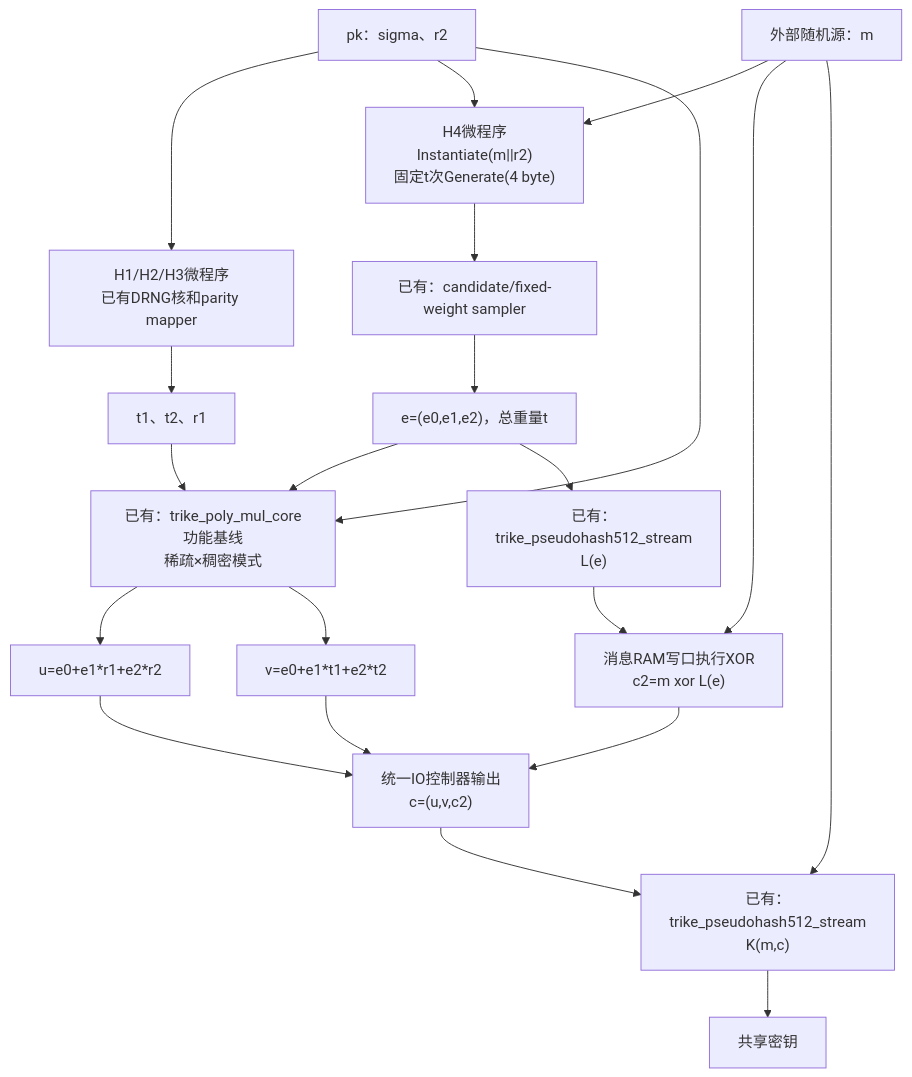
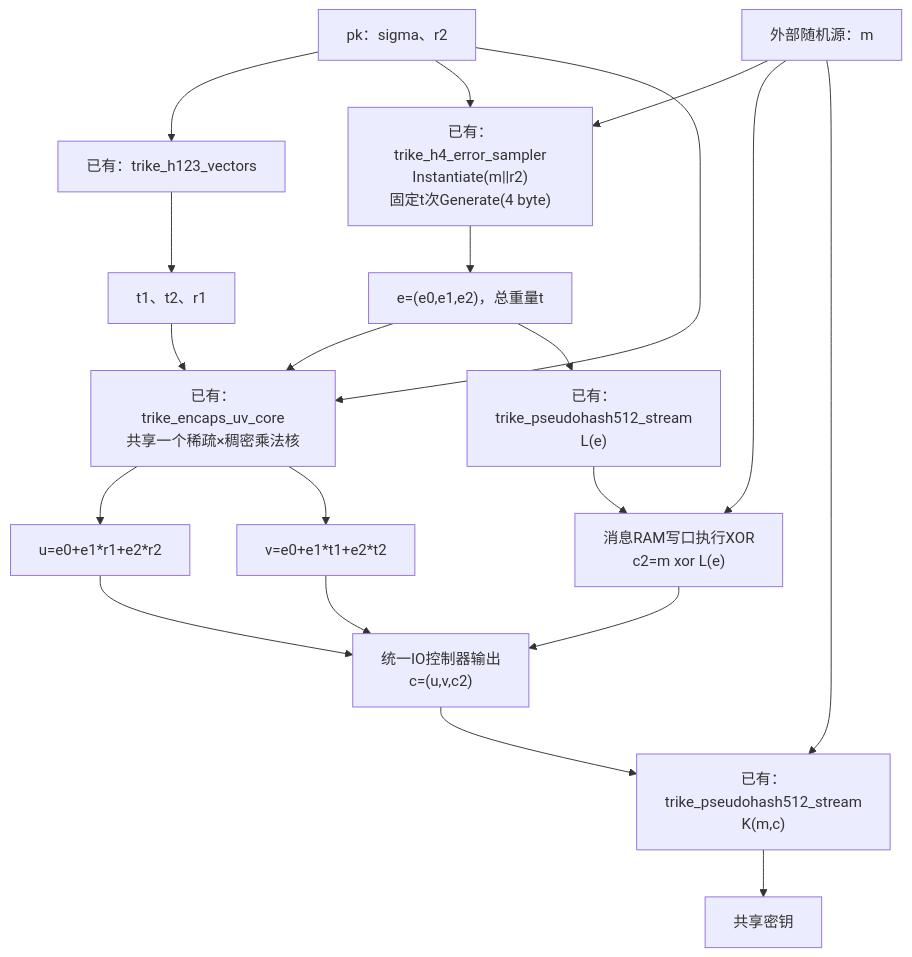
One commit to z2901550610/Min_Sum changed the second of 8 diagrams in docs/design/trike_kem_common_cores.md. Above: the diagram before and after it, drawn with Mermaid. The commit also changed other lines of this file and 23 other files, not shown here.

First line of the commit message:
feat(docs): add Trike Encaps implementation and test documentation

````diff
--- a/docs/design/trike_kem_common_cores.md
+++ b/docs/design/trike_kem_common_cores.md
@@ -86,26 +83,25 @@
 ```mermaid
 flowchart TD
-    PK["pk：sigma、r2"] --> HASHV["H1/H2/H3微程序<br/>已有DRNG核和parity mapper"]
+    PK["pk：sigma、r2"] --> HASHV["已有：trike_h123_vectors"]
     HASHV --> TVEC["t1、t2、r1"]
 
-    RNG["外部随机源：m"] --> H4["H4微程序<br/>Instantiate(m||r2)<br/>固定t次Generate(4 byte)"]
+    RNG["外部随机源：m"] --> H4["已有：trike_h4_error_sampler<br/>Instantiate(m||r2)<br/>固定t次Generate(4 byte)"]
     PK --> H4
-    H4 --> SAMPLE["已有：candidate/fixed-weight sampler"]
-    SAMPLE --> E["e=(e0,e1,e2)，总重量t"]
+    H4 --> E["e=(e0,e1,e2)，总重量t"]
 
-    E --> UV["已有：trike_poly_mul_core功能基线<br/>稀疏×稠密模式"]
+    E --> UV["已有：trike_encaps_uv_core<br/>共享一个稀疏×稠密乘法核"]
     TVEC --> UV
     PK --> UV
     UV --> U["u=e0+e1*r1+e2*r2"]
     UV --> V["v=e0+e1*t1+e2*t2"]
 
     E --> L["已有：trike_pseudohash512_stream<br/>L(e)"]
     RNG --> C2["消息RAM写口执行XOR<br/>c2=m xor L(e)"]
     L --> C2
     U --> CT["统一IO控制器输出<br/>c=(u,v,c2)"]
     V --> CT
     C2 --> CT
     CT --> K["已有：trike_pseudohash512_stream<br/>K(m,c)"]
     RNG --> K
     K --> SS["共享密钥"]
 ```
````
